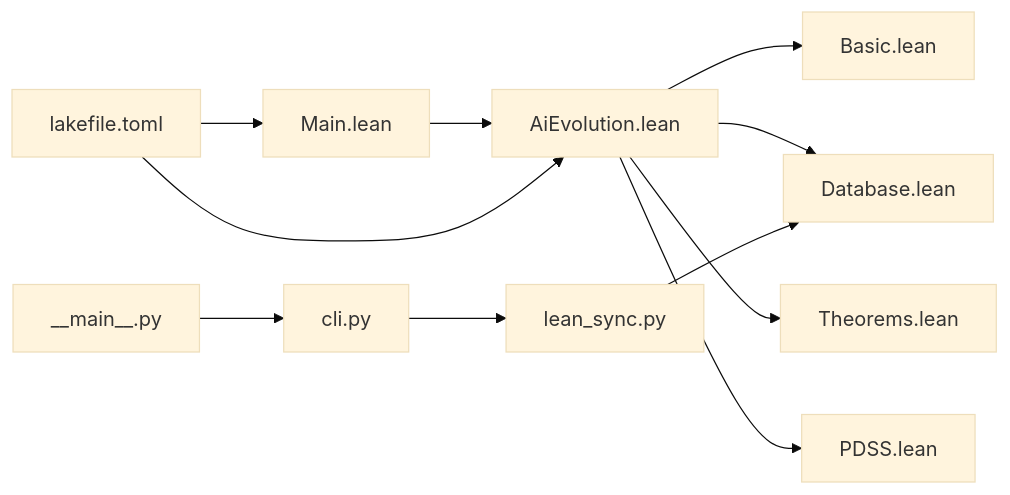
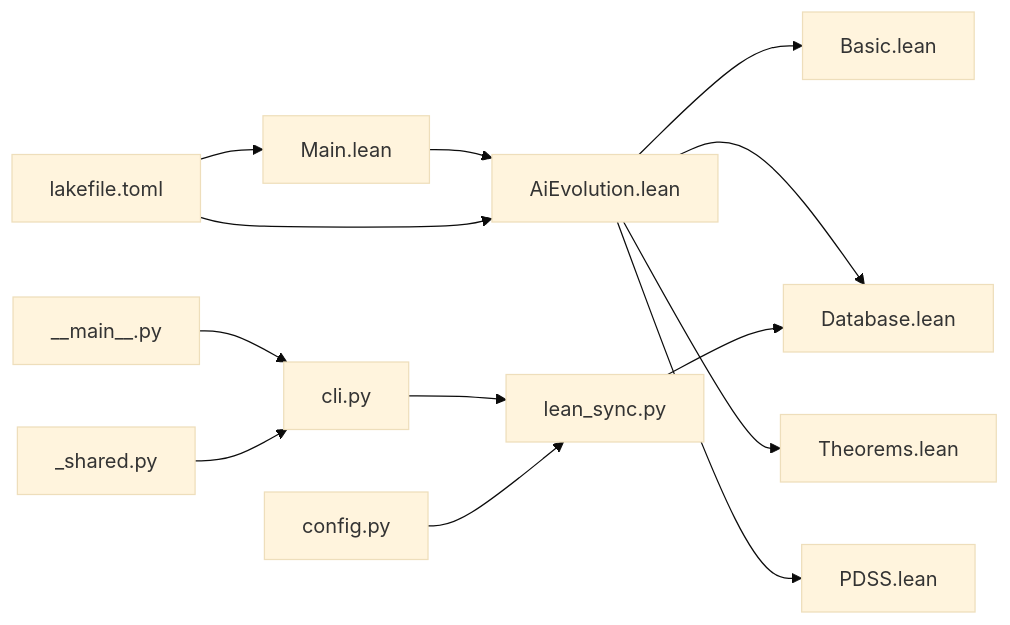
Before and after one commit to 1173591564/academic-based-qoder: the tenth of 10 diagrams in .qoder/repowiki/zh/content/Lean4形式化系统/Lean4形式化系统.md, drawn with Mermaid (base theme). The commit also changed other lines of this file and 37 other files, not shown here.

````diff
--- a/.qoder/repowiki/zh/content/Lean4形式化系统/Lean4形式化系统.md
+++ b/.qoder/repowiki/zh/content/Lean4形式化系统/Lean4形式化系统.md
@@ -420,13 +498,15 @@
 ```mermaid
 graph LR
 Main["Main.lean"] --> AiEvo["AiEvolution.lean"]
 AiEvo --> Basic["Basic.lean"]
 AiEvo --> Database["Database.lean"]
 AiEvo --> Theorems["Theorems.lean"]
 AiEvo --> PDSS["PDSS.lean"]
 Lake["lakefile.toml"] --> AiEvo
 Lake --> Main
 Python["lean_sync.py"] --> Database
 CLI["cli.py"] --> Python
 MainPy["__main__.py"] --> CLI
+Shared["_shared.py"] --> CLI
+Config["config.py"] --> Python
 ```
````
